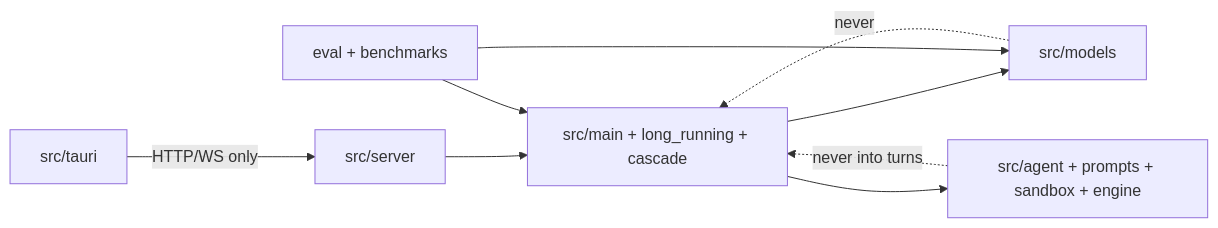
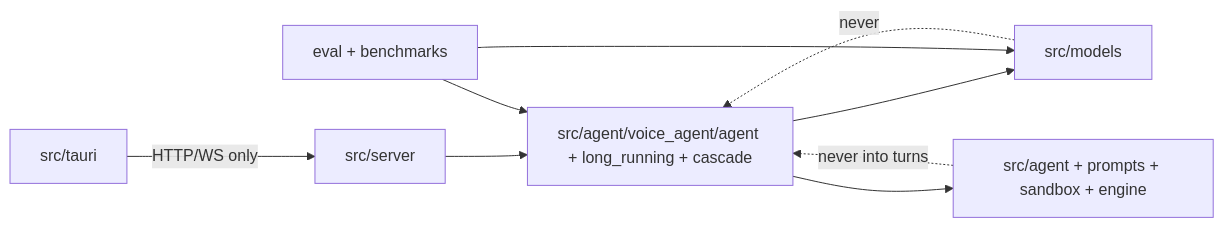
The third of 3 diagrams in ARCHITECTURE.md (Se00n00/VoiceRT), drawn with Mermaid before and after one commit. The commit also changed other lines of this file and 87 other files, not shown here.

Commit message:
change [agent]: reorganize packages and split long-running services

````diff
--- a/ARCHITECTURE.md
+++ b/ARCHITECTURE.md
@@ -159,11 +155,11 @@
 ```mermaid
 flowchart LR
     UI[src/tauri] -->|HTTP/WS only| SRV[src/server]
-    SRV --> AGT[src/main + long_running + cascade]
+    SRV --> AGT[src/agent/voice_agent/agent + long_running + cascade]
     AGT --> LEGS[src/models]
     AGT --> MISC[src/agent + prompts + sandbox + engine]
     LEGS -.->|never| AGT
     MISC -.->|never into turns| AGT
     EVAL[eval + benchmarks] --> AGT
     EVAL --> LEGS
 ```
````
